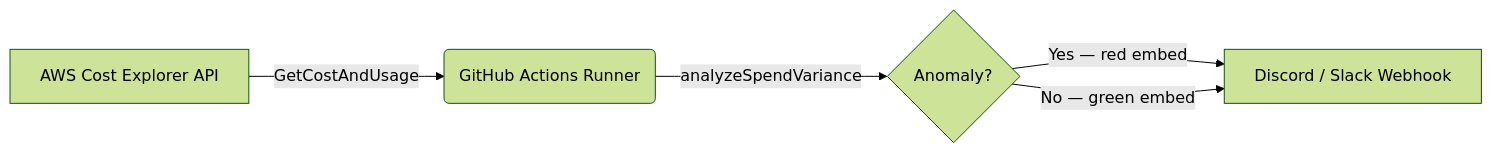
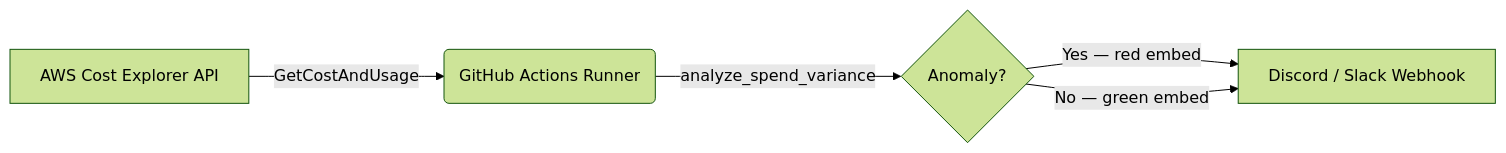
The diagram in README.md (krishsonvane14/aws-cost-guard), drawn with Mermaid (forest theme) before and after one commit. The commit also changed other lines of this file and 25 other files, not shown here.

````diff
--- a/README.md
+++ b/README.md
@@ -32,7 +32,7 @@
 ```mermaid
 graph LR
     A[AWS Cost Explorer API] -->|GetCostAndUsage| B(GitHub Actions Runner)
-    B -->|analyzeSpendVariance| C{Anomaly?}
+    B -->|analyze_spend_variance| C{Anomaly?}
     C -->|Yes — red embed| D[Discord / Slack Webhook]
     C -->|No — green embed| D
 ```
````
